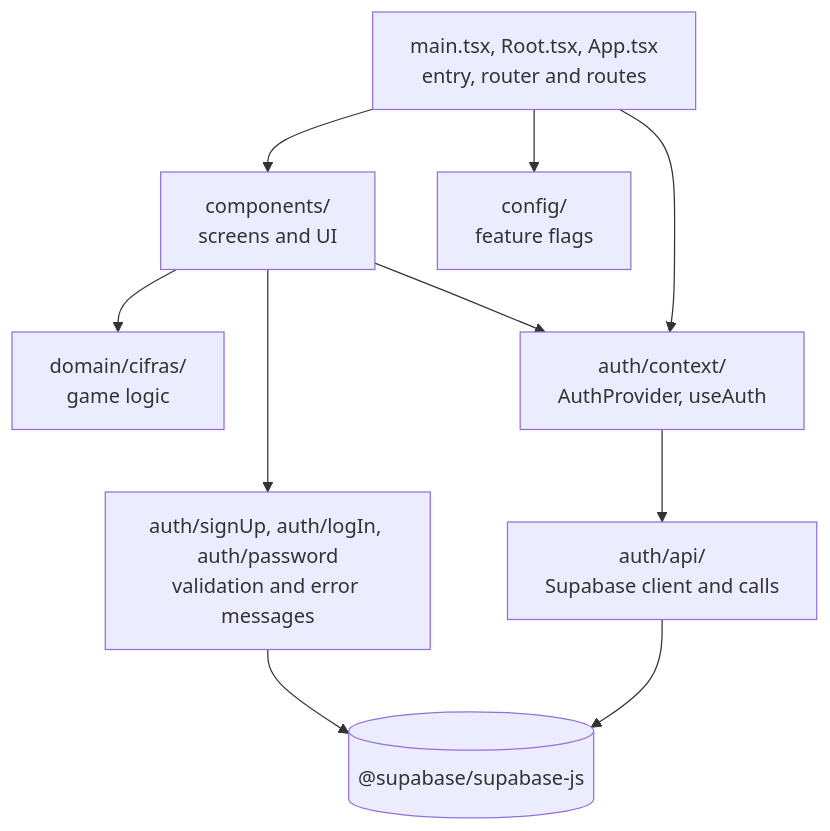
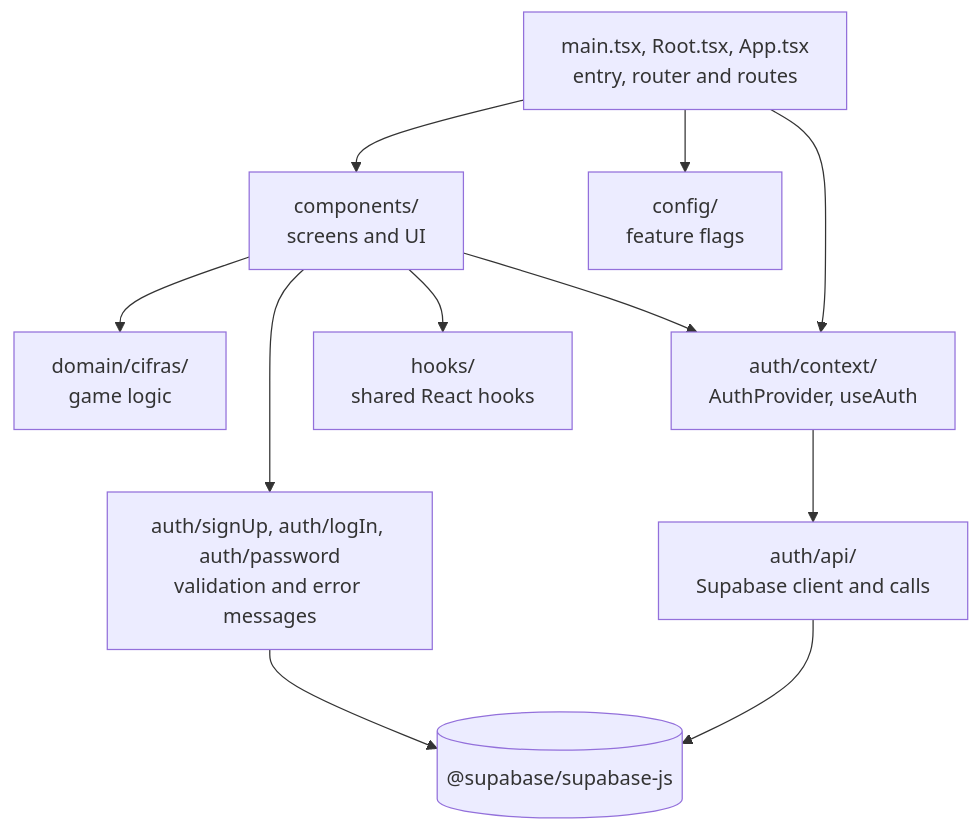
The second of 2 diagrams in docs/architecture.md (MatiCoding/calculetra), drawn with Mermaid before and after one commit. The commit also changed other lines of this file and 1 other file, not shown here.

````diff
--- a/docs/architecture.md
+++ b/docs/architecture.md
@@ -55,21 +55,23 @@
 ```mermaid
 flowchart TD
     entry["main.tsx, Root.tsx, App.tsx<br/>entry, router and routes"]
     components["components/<br/>screens and UI"]
     domain["domain/cifras/<br/>game logic"]
     authContext["auth/context/<br/>AuthProvider, useAuth"]
     authForms["auth/signUp, auth/logIn, auth/password<br/>validation and error messages"]
     authApi["auth/api/<br/>Supabase client and calls"]
     config["config/<br/>feature flags"]
+    hooks["hooks/<br/>shared React hooks"]
     supabaseLib[("@supabase/supabase-js")]
 
     entry --> components
     entry --> authContext
     entry --> config
     components --> domain
     components --> authContext
     components --> authForms
+    components --> hooks
     authContext --> authApi
     authApi --> supabaseLib
     authForms --> supabaseLib
 ```
````
